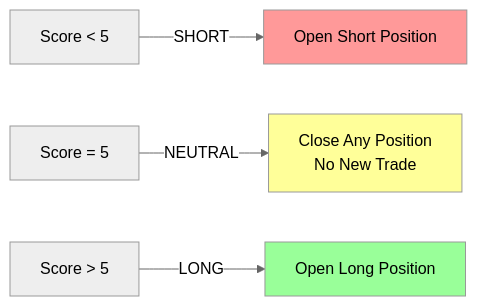
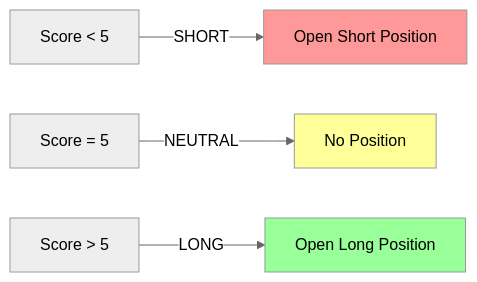
The second of 2 diagrams in README.md (Mmauz1001/trump-trader), drawn with Mermaid (neutral theme) before and after one commit. The commit also changed other lines of this file and 25 other files, not shown here.

````diff
--- a/README.md
+++ b/README.md
@@ -48,10 +53,10 @@
 ```mermaid
 graph LR
     A[Score < 5] -->|SHORT| B[Open Short Position]
-    C[Score = 5] -->|NEUTRAL| D[Close Any Position<br/>No New Trade]
+    C[Score = 5] -->|NEUTRAL| D[No Position]
     E[Score > 5] -->|LONG| F[Open Long Position]
     
     style B fill:#f99
     style D fill:#ff9
     style F fill:#9f9
 ```
````
